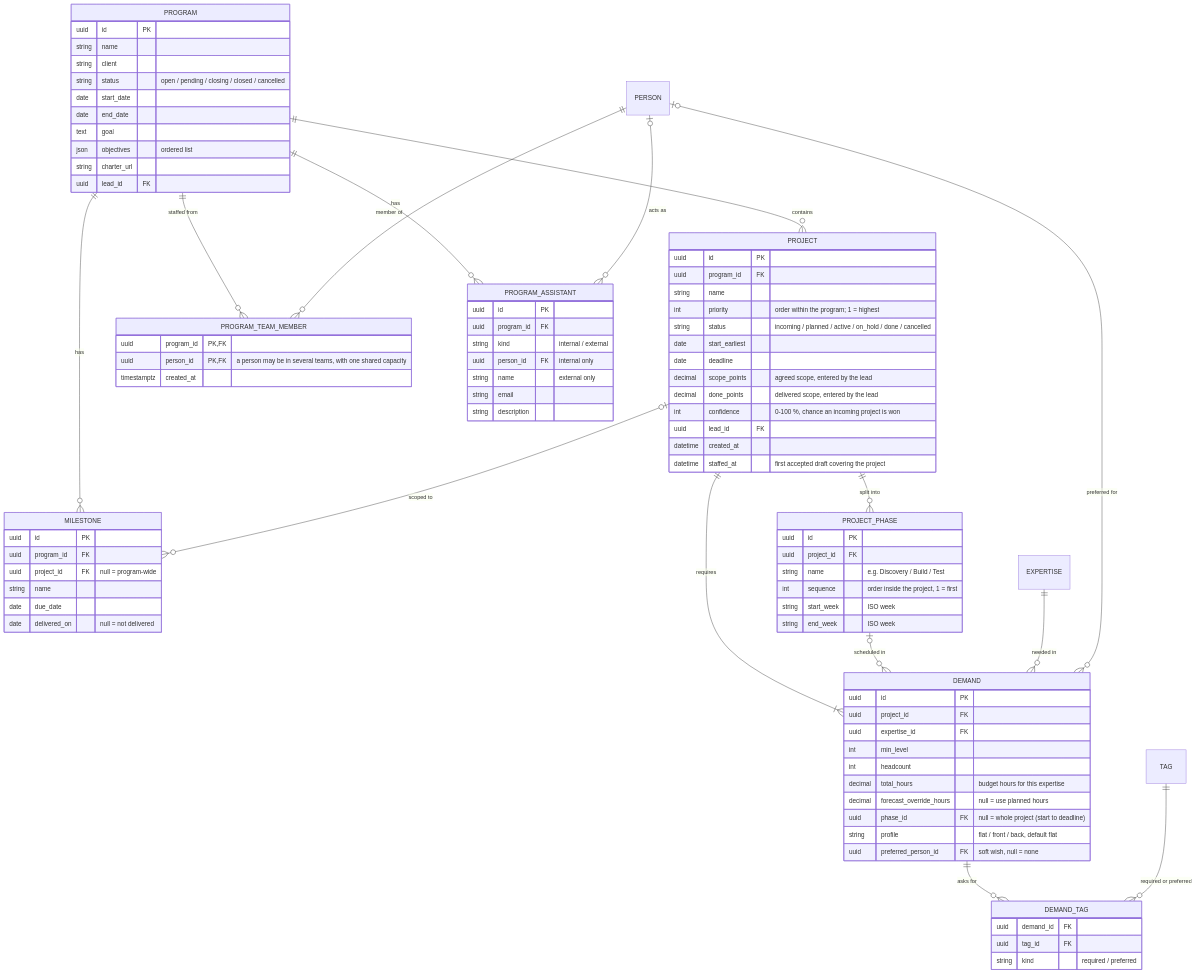
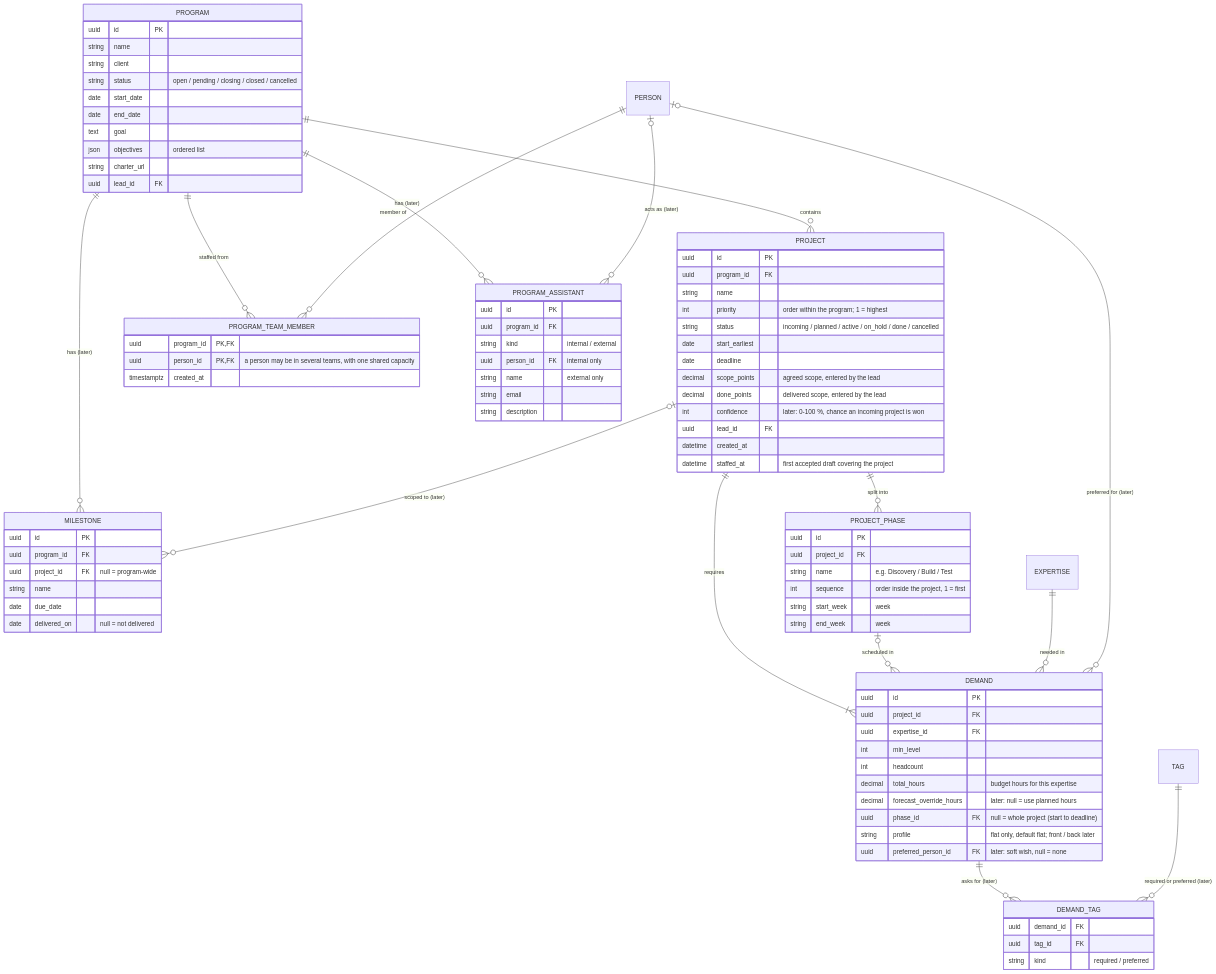
The sixth of 14 diagrams in README.md (dophnamm/the-slot-finder), drawn with Mermaid before and after one commit. The commit also changed other lines of this file and 21 other files, not shown here.

First line of the commit message:
docs: match the READMEs, specs and diagrams to the code

````diff
--- a/README.md
+++ b/README.md
@@ -326,19 +328,19 @@
 ```mermaid
 erDiagram
   PROGRAM ||--o{ PROJECT : contains
-  PROGRAM ||--o{ MILESTONE : has
-  PROJECT |o--o{ MILESTONE : "scoped to"
+  PROGRAM ||--o{ MILESTONE : "has (later)"
+  PROJECT |o--o{ MILESTONE : "scoped to (later)"
   PROGRAM ||--o{ PROGRAM_TEAM_MEMBER : "staffed from"
   PERSON ||--o{ PROGRAM_TEAM_MEMBER : "member of"
-  PROGRAM ||--o{ PROGRAM_ASSISTANT : has
-  PERSON |o--o{ PROGRAM_ASSISTANT : "acts as"
+  PROGRAM ||--o{ PROGRAM_ASSISTANT : "has (later)"
+  PERSON |o--o{ PROGRAM_ASSISTANT : "acts as (later)"
   PROJECT ||--o{ PROJECT_PHASE : "split into"
   PROJECT ||--|{ DEMAND : requires
   PROJECT_PHASE |o--o{ DEMAND : "scheduled in"
   EXPERTISE ||--o{ DEMAND : "needed in"
-  PERSON |o--o{ DEMAND : "preferred for"
-  DEMAND ||--o{ DEMAND_TAG : "asks for"
-  TAG ||--o{ DEMAND_TAG : "required or preferred"
+  PERSON |o--o{ DEMAND : "preferred for (later)"
+  DEMAND ||--o{ DEMAND_TAG : "asks for (later)"
+  TAG ||--o{ DEMAND_TAG : "required or preferred (later)"
 
   PROGRAM {
     uuid id PK
@@ -384,7 +386,7 @@
     date deadline
     decimal scope_points "agreed scope, entered by the lead"
     decimal done_points "delivered scope, entered by the lead"
-    int confidence "0-100 %, chance an incoming project is won"
+    int confidence "later: 0-100 %, chance an incoming project is won"
     uuid lead_id FK
     datetime created_at
     datetime staffed_at "first accepted draft covering the project"
@@ -394,8 +396,8 @@
     uuid project_id FK
     string name "e.g. Discovery / Build / Test"
     int sequence "order inside the project, 1 = first"
-    string start_week "ISO week"
-    string end_week "ISO week"
+    string start_week "week"
+    string end_week "week"
   }
   DEMAND {
     uuid id PK
@@ -404,10 +406,10 @@
     int min_level
     int headcount
     decimal total_hours "budget hours for this expertise"
-    decimal forecast_override_hours "null = use planned hours"
+    decimal forecast_override_hours "later: null = use planned hours"
     uuid phase_id FK "null = whole project (start to deadline)"
-    string profile "flat / front / back, default flat"
-    uuid preferred_person_id FK "soft wish, null = none"
+    string profile "flat only, default flat; front / back later"
+    uuid preferred_person_id FK "later: soft wish, null = none"
   }
   DEMAND_TAG {
     uuid demand_id FK
````
